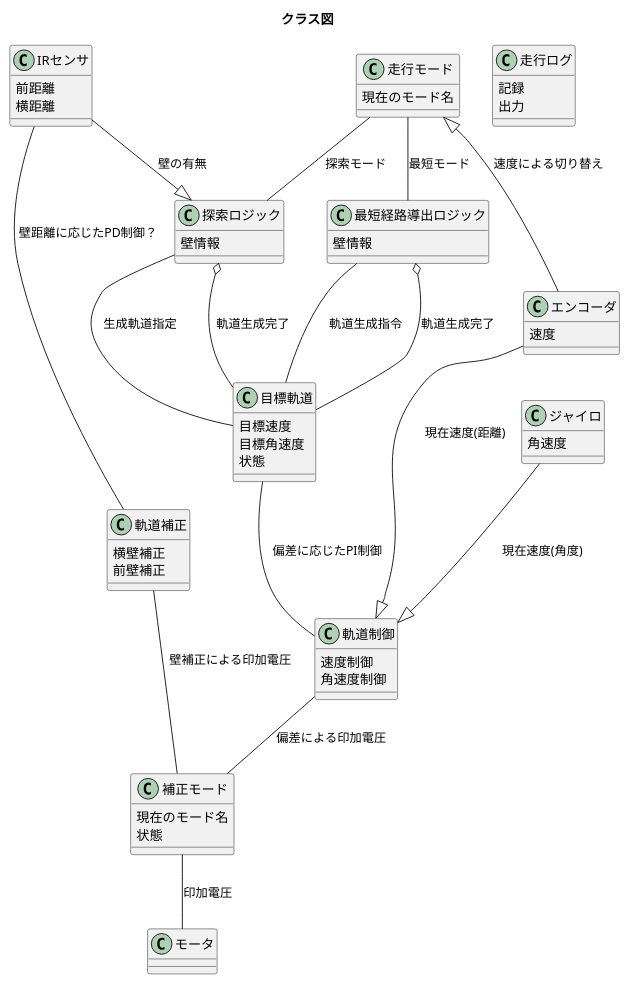
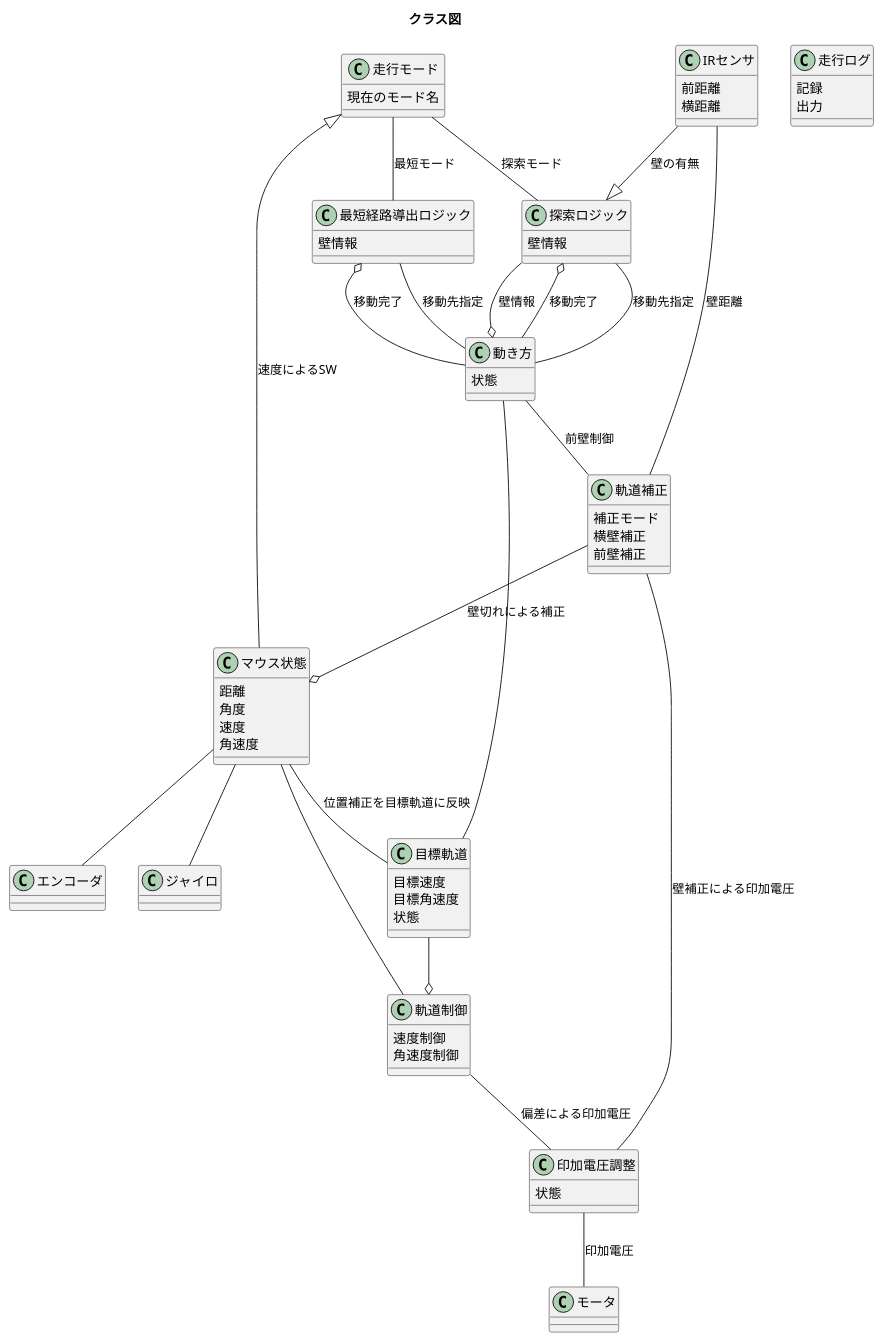
One commit to okada-y/micromouse changed the diagram in uml/class.pu. Above: the diagram before and after it, drawn with PlantUML.

Commit message:
クラス新規追加、関連見直し完了

```diff
--- a/uml/class.pu
+++ b/uml/class.pu
@@ -1,77 +1,98 @@
 @startuml
 title クラス図
 
 class 走行モード
 走行モード : 現在のモード名
 
 Class 目標軌道
 目標軌道 : 目標速度
 目標軌道 : 目標角速度 
 目標軌道 : 状態
 
 class エンコーダ
-エンコーダ : 速度
 
 class ジャイロ
-ジャイロ : 角速度
 
-class 補正モード
-補正モード : 現在のモード名 
-補正モード : 状態
+
+class マウス状態
+マウス状態 : 距離
+マウス状態 : 角度
+マウス状態 : 速度
+マウス状態 : 角速度
+
+
+class 動き方
+動き方 : 状態
+
+class 印加電圧調整
+印加電圧調整 : 状態
 
 class 軌道補正
+軌道補正 : 補正モード
 軌道補正 : 横壁補正
 軌道補正 : 前壁補正
 
 class IRセンサ
 IRセンサ : 前距離
 IRセンサ : 横距離
 
 class 探索ロジック
 探索ロジック : 壁情報
 
 class 最短経路導出ロジック
 最短経路導出ロジック : 壁情報
 
 class 軌道制御
 軌道制御 : 速度制御
 軌道制御 : 角速度制御
 
 class モータ
 
 
 class 走行ログ
 走行ログ : 記録
 走行ログ : 出力
 
 
-走行モード <|-- エンコーダ : 速度による切り替え
+走行モード <|-- マウス状態 : 速度によるSW
 
 走行モード -- 探索ロジック : 探索モード
 
 走行モード -- 最短経路導出ロジック : 最短モード
 
-最短経路導出ロジック -- 目標軌道 : 軌道生成指令 
-最短経路導出ロジック o-- 目標軌道 : 軌道生成完了
+最短経路導出ロジック -- 動き方 : 移動先指定
+最短経路導出ロジック o-- 動き方 : 移動完了
 
+探索ロジック -- 動き方 : 移動先指定
+探索ロジック --o 動き方 : 壁情報
+探索ロジック o-- 動き方 : 移動完了
 
-探索ロジック -- 目標軌道 : 生成軌道指定
-探索ロジック o-- 目標軌道 : 軌道生成完了
+動き方 -- 目標軌道 
 
-目標軌道 -- 軌道制御 : 偏差に応じたPI制御
+動き方 -- 軌道補正 : 前壁制御
 
-軌道制御 -- 補正モード : 偏差による印加電圧
+目標軌道 --o 軌道制御
 
-軌道補正 -- 補正モード : 壁補正による印加電圧
+軌道制御 -- 印加電圧調整 : 偏差による印加電圧
 
-補正モード -- モータ : 印加電圧
+軌道補正 -- 印加電圧調整 : 壁補正による印加電圧
 
-IRセンサ -- 軌道補正 : 壁距離に応じたPD制御？
+印加電圧調整 -- モータ : 印加電圧
 
-エンコーダ --|> 軌道制御 : 現在速度(距離)
+IRセンサ -- 軌道補正 : 壁距離
 
-ジャイロ --|> 軌道制御 : 現在速度(角度)
+マウス状態 -- 軌道制御
 
 IRセンサ --|> 探索ロジック : 壁の有無
 
+マウス状態 -- エンコーダ
+
+マウス状態 -- ジャイロ
+
+軌道補正 --o マウス状態 : 壁切れによる補正
+
+マウス状態 -- 目標軌道 : 位置補正を目標軌道に反映
+
+
+
 @enduml
```
